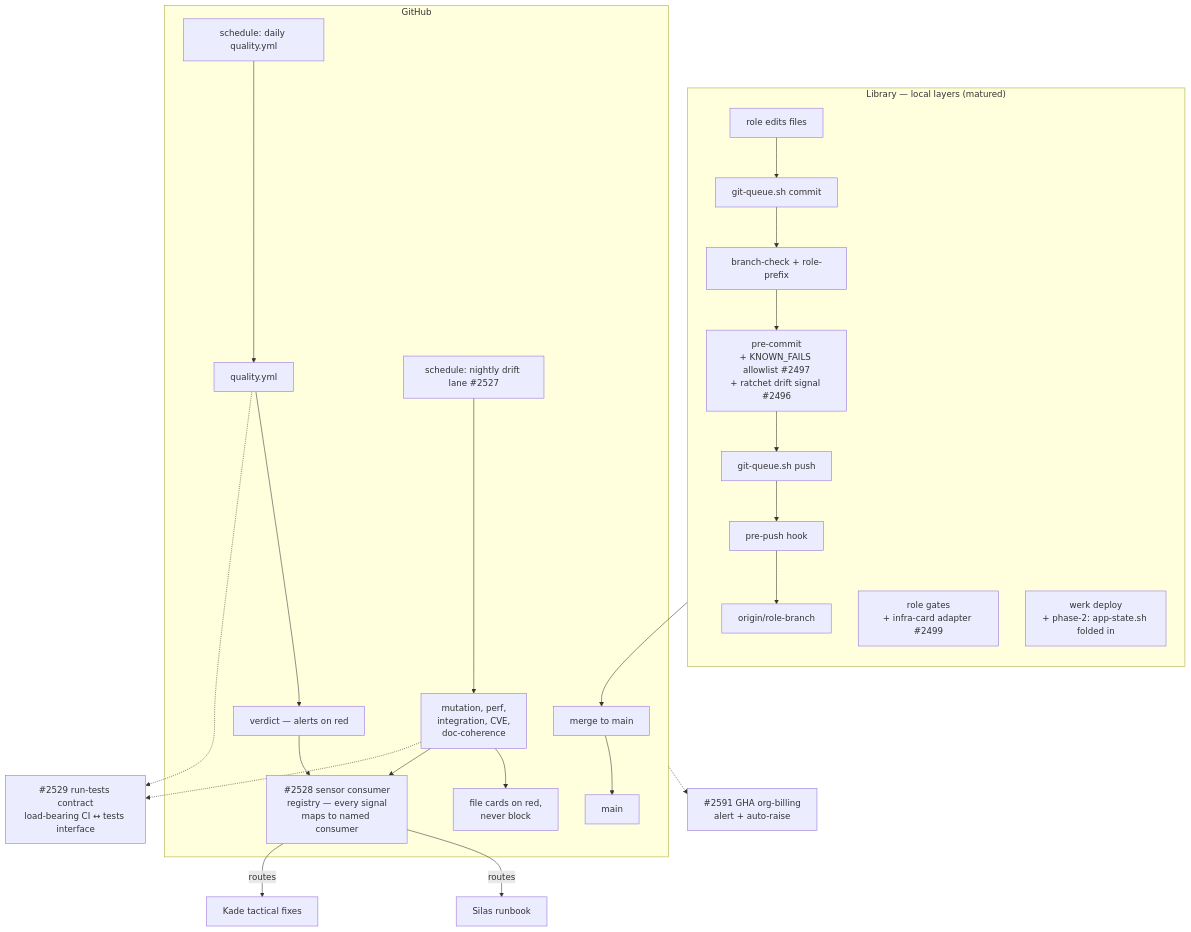
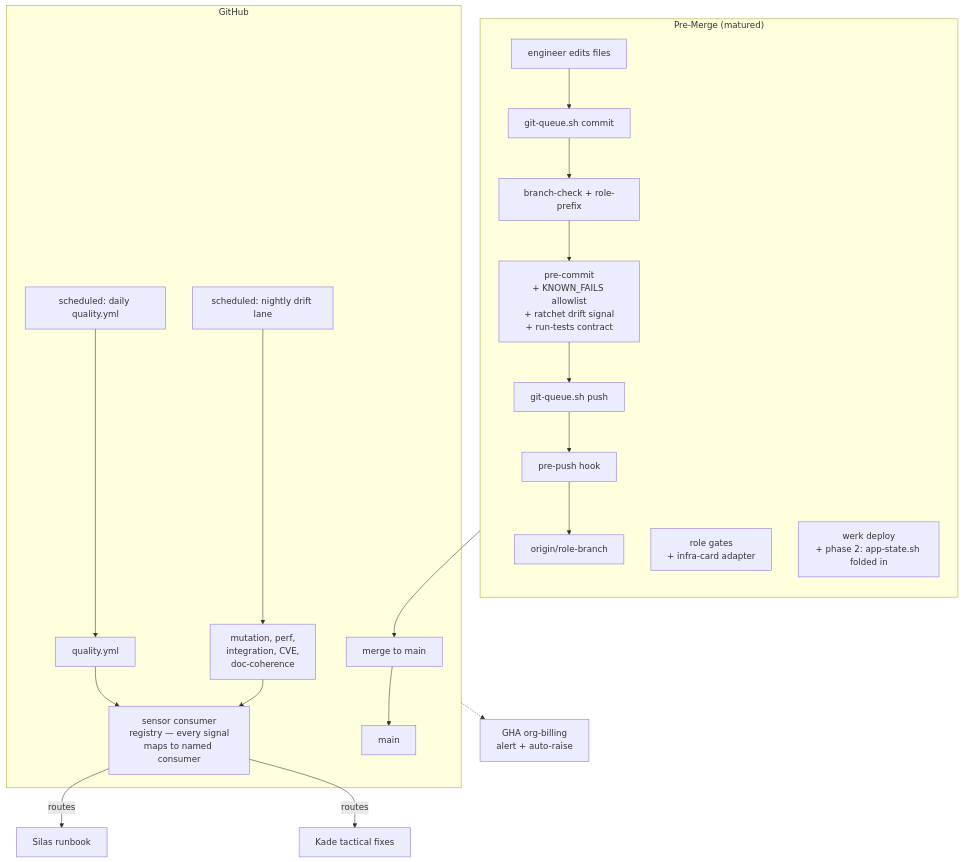
One commit to gathering-chorus/chorus changed the second of 2 diagrams in designing/docs/ci-pipeline-service-design.md. Above: the diagram before and after it, drawn with Mermaid. The commit also changed other lines of this file, not shown here.

First line of the commit message:
kade: #2635 wave 1 — CI/CD service design refresh (MD; subagent corrections folded)

````diff
--- a/designing/docs/ci-pipeline-service-design.md
+++ b/designing/docs/ci-pipeline-service-design.md
@@ -63,33 +142,28 @@
 ```mermaid
 flowchart TB
-  subgraph LOCAL["Library — local layers (matured)"]
+  subgraph LOCAL["Pre-Merge (matured)"]
     direction TB
-    EDIT[role edits files] --> COMMIT[git-queue.sh commit]
+    EDIT[engineer edits files] --> COMMIT[git-queue.sh commit]
     COMMIT --> BC[branch-check + role-prefix]
-    BC --> PC[pre-commit<br/>+ KNOWN_FAILS allowlist #2497<br/>+ ratchet drift signal #2496]
+    BC --> PC[pre-commit<br/>+ KNOWN_FAILS allowlist<br/>+ ratchet drift signal<br/>+ run-tests contract]
     PC --> PUSH[git-queue.sh push]
     PUSH --> PP[pre-push hook]
     PP --> ORIGIN[origin/role-branch]
-    GATES[role gates<br/>+ infra-card adapter #2499]
-    WERK[werk deploy<br/>+ phase-2: app-state.sh folded in]
+    GATES[role gates<br/>+ infra-card adapter]
+    WERK[werk deploy<br/>+ phase 2: app-state.sh folded in]
   end
 
   subgraph GH["GitHub"]
     ORIGIN --> PRMERGE[merge to main]
     PRMERGE --> MAIN[main]
-    SCHED1["schedule: daily quality.yml"] --> Q[quality.yml]
-    SCHED2["schedule: nightly drift lane #2527"] --> DRIFT[mutation, perf,<br/>integration, CVE,<br/>doc-coherence]
-    Q --> VERDICT1[verdict — alerts on red]
-    DRIFT --> CARDS[file cards on red,<br/>never block]
-    VERDICT1 --> SREG[#2528 sensor consumer<br/>registry — every signal<br/>maps to named consumer]
+    SCHED1[scheduled: daily quality.yml] --> Q[quality.yml]
+    SCHED2[scheduled: nightly drift lane] --> DRIFT[mutation, perf,<br/>integration, CVE,<br/>doc-coherence]
+    Q --> SREG[sensor consumer<br/>registry — every signal<br/>maps to named consumer]
     DRIFT --> SREG
   end
 
   SREG -- routes --> SILAS[Silas runbook]
   SREG -- routes --> KADE[Kade tactical fixes]
-  RTC[#2529 run-tests contract<br/>load-bearing CI ↔ tests interface]
-  Q -.-> RTC
-  DRIFT -.-> RTC
-  BILL[#2591 GHA org-billing<br/>alert + auto-raise]
+  BILL[GHA org-billing<br/>alert + auto-raise]
   GH -.-> BILL
 ```
````
